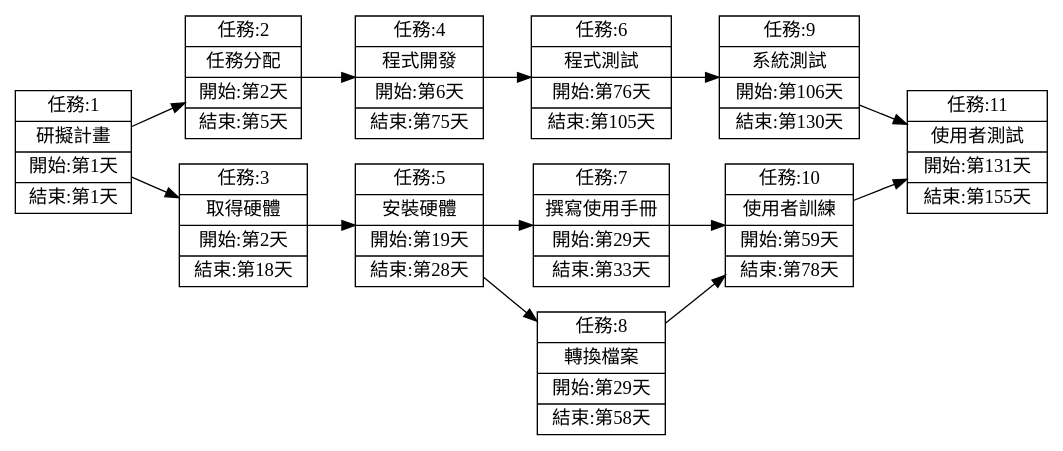
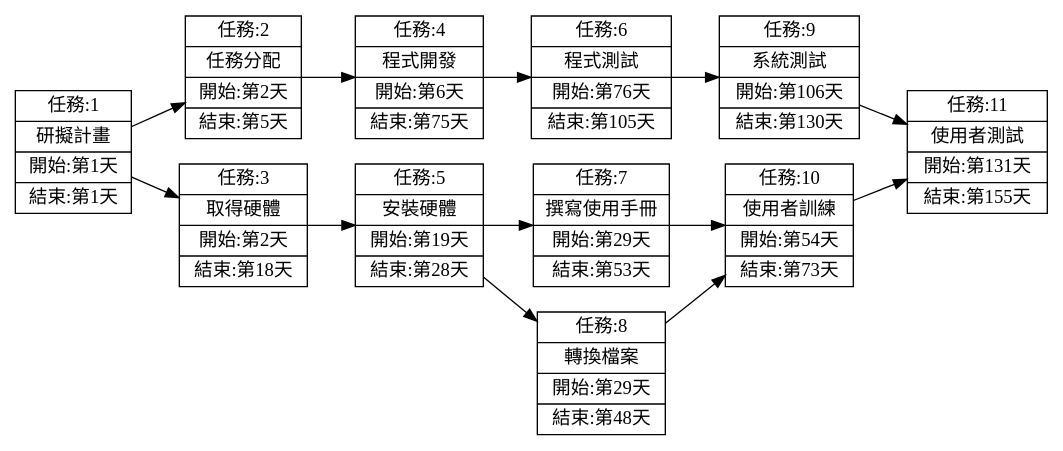
Before and after one commit to larry139/SAAD: the second of 2 diagrams in hw2.md, drawn with Graphviz. The commit also changed other lines of this file, not shown here.

````diff
--- a/hw2.md
+++ b/hw2.md
@@ -22,41 +22,43 @@
 ```graphviz
 digraph {
 	node[shape=record];
 	rankdir="LR";
     no1 [label = "任務:1 | 研擬計畫 | 開始:第1天 | 結束:第1天 "]
     
     no2 [label = "任務:2 | 任務分配 | 開始:第2天 | 結束:第5天"]
     no1->no2
     
     no3 [label = "任務:3 | 取得硬體 | 開始:第2天 | 結束:第18天"]
     no1->no3
     
     no4 [label = "任務:4 | 程式開發 | 開始:第6天 | 結束:第75天 "]
     no2->no4
     
     no5 [label = "任務:5 | 安裝硬體 | 開始:第19天 | 結束:第28天 "]
     no3->no5
     
     no6 [label = "任務:6 | 程式測試 | 開始:第76天 | 結束:第105天 "]
     no4->no6
     
-    no7 [label = "任務:7 | 撰寫使用手冊 | 開始:第29天 | 結束:第33天 "]
+    no7 [label = "任務:7 | 撰寫使用手冊 | 開始:第29天 | 結束:第53天 "]
     no5->no7
     
-    no8 [label = "任務:8 | 轉換檔案 | 開始:第29天 | 結束:第58天 "]
+    no8 [label = "任務:8 | 轉換檔案 | 開始:第29天 | 結束:第48天 "]
     no5->no8
     
     no9 [label = "任務:9 | 系統測試 | 開始:第106天 | 結束:第130天 "]
     no6->no9
     
-    no10 [label = "任務:10 | 使用者訓練 | 開始:第59天 | 結束:第78天 "]
+    no10 [label = "任務:10 | 使用者訓練 | 開始:第54天 | 結束:第73天 "]
     {rank=same;no7 no8}
     no7->no10
     no8->no10
     
     no11 [label = "任務:11 | 使用者測試 | 開始:第131天 | 結束:第155天 "]
     {rank=same;no9 no10}
     no9->no11
     no10->no11
+
 }
+
 ```
````
